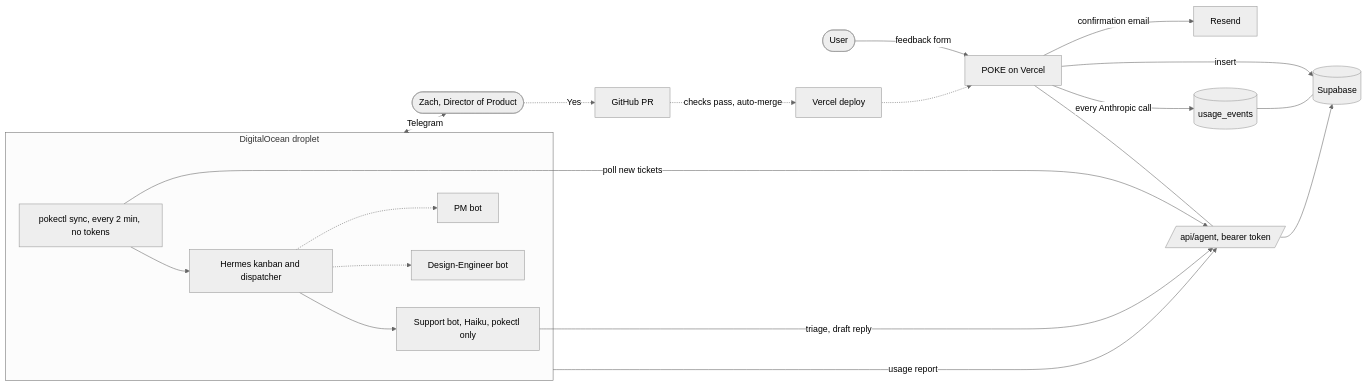
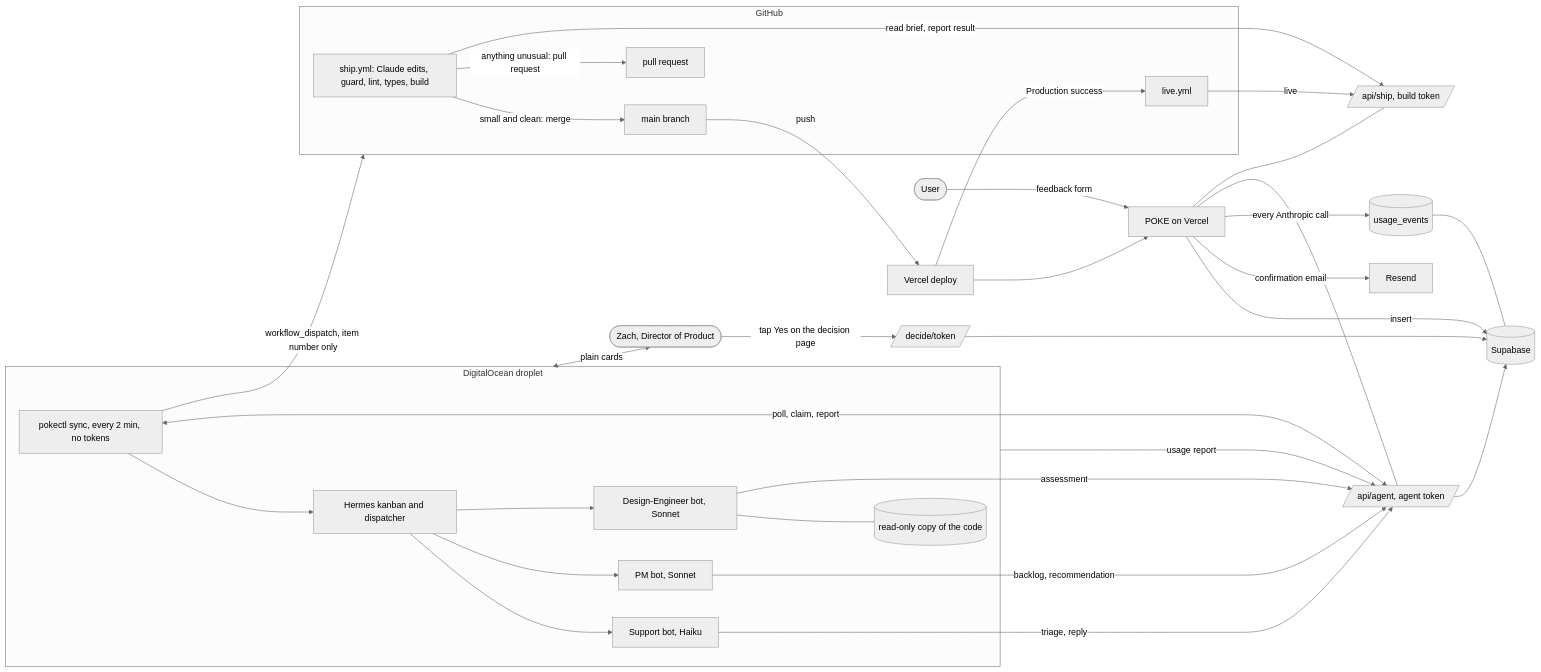
The first of 6 diagrams in docs/agents/architecture.md (schweitzdesign/usability-script-improver), drawn with Mermaid (neutral theme) before and after one commit. The commit also changed other lines of this file and 4 other files, not shown here.

First line of the commit message:
Update all the docs for the PM, Design-Engineer, and shipping stages

````diff
--- a/docs/agents/architecture.md
+++ b/docs/agents/architecture.md
@@ -9,30 +8,51 @@
 ```mermaid
 flowchart LR
     user([User]) -->|feedback form| poke[POKE on Vercel]
     poke -->|insert| db[(Supabase)]
     poke -->|confirmation email| resend[Resend]
     poke -->|every Anthropic call| ledger[(usage_events)]
     ledger --- db
 
     subgraph droplet[DigitalOcean droplet]
         sync[pokectl sync, every 2 min, no tokens]
         kanban[Hermes kanban and dispatcher]
-        support[Support bot, Haiku, pokectl only]
-        pm[PM bot]
-        de[Design-Engineer bot]
-        sync --> kanban --> support
-        kanban -.-> pm
-        kanban -.-> de
+        support[Support bot, Haiku]
+        pm[PM bot, Sonnet]
+        de[Design-Engineer bot, Sonnet]
+        repo[(read-only copy of the code)]
+        sync --> kanban
+        kanban --> support
+        kanban --> pm
+        kanban --> de
+        de --- repo
     end
 
-    api[/api/agent, bearer token/]
+    api[/api/agent, agent token/]
     poke --- api
-    sync -->|poll new tickets| api
-    support -->|triage, draft reply| api
+    sync <-->|poll, claim, report| api
+    support -->|triage, reply| api
+    pm -->|backlog, recommendation| api
+    de -->|assessment| api
     api --> db
     droplet -->|usage report| api
-    droplet <-->|Telegram| zach([Zach, Director of Product])
-    zach -.->|Yes| gh[GitHub PR]
-    gh -.->|checks pass, auto-merge| vercel[Vercel deploy]
-    vercel -.-> poke
+    droplet <-->|plain cards| zach([Zach, Director of Product])
+
+    zach -->|tap Yes on the decision page| decide[/decide/token/]
+    decide --> db
+    sync -->|workflow_dispatch, item number only| gh
+
+    subgraph gh[GitHub]
+        ship[ship.yml: Claude edits, guard, lint, types, build]
+        live[live.yml]
+        ship -->|small and clean: merge| main[main branch]
+        ship -->|anything unusual: pull request| prr[pull request]
+    end
+
+    shipapi[/api/ship, build token/]
+    poke --- shipapi
+    ship -->|read brief, report result| shipapi
+    main -->|push| vercel[Vercel deploy]
+    vercel --> poke
+    vercel -->|Production success| live
+    live -->|live| shipapi
 ```
````
